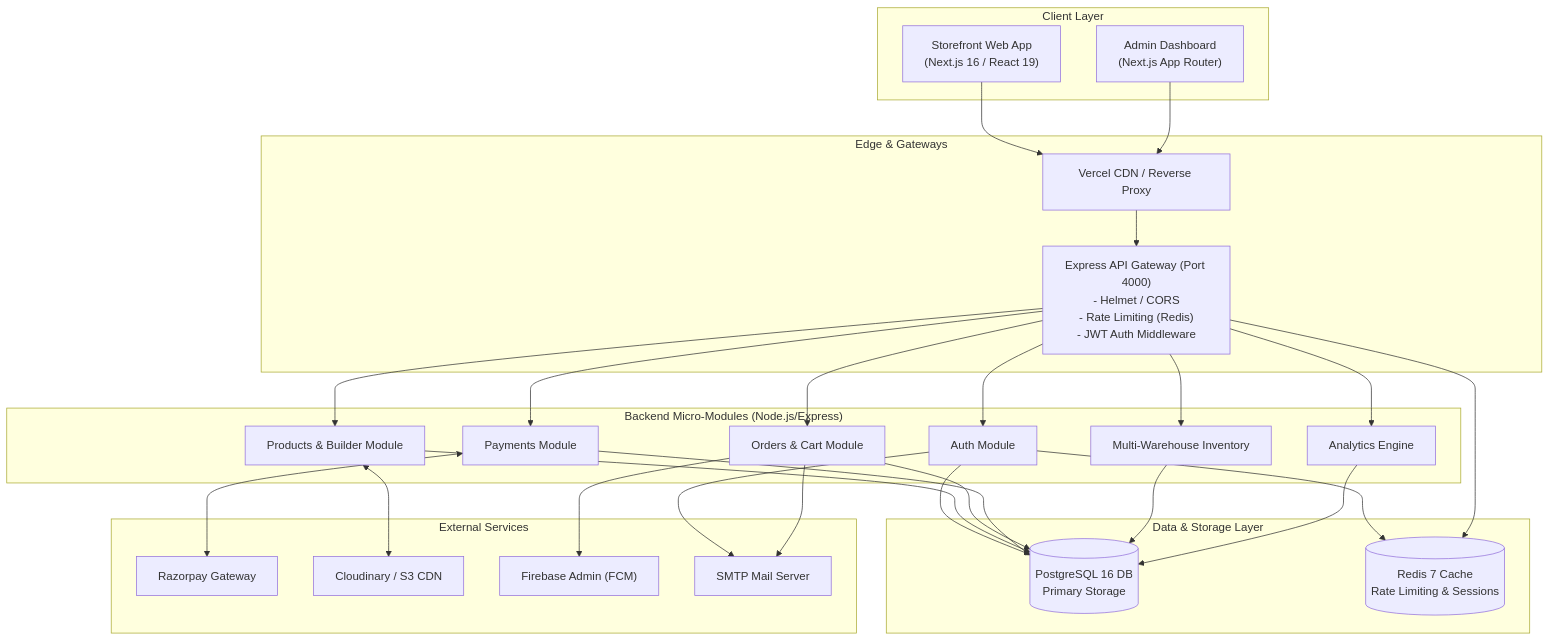
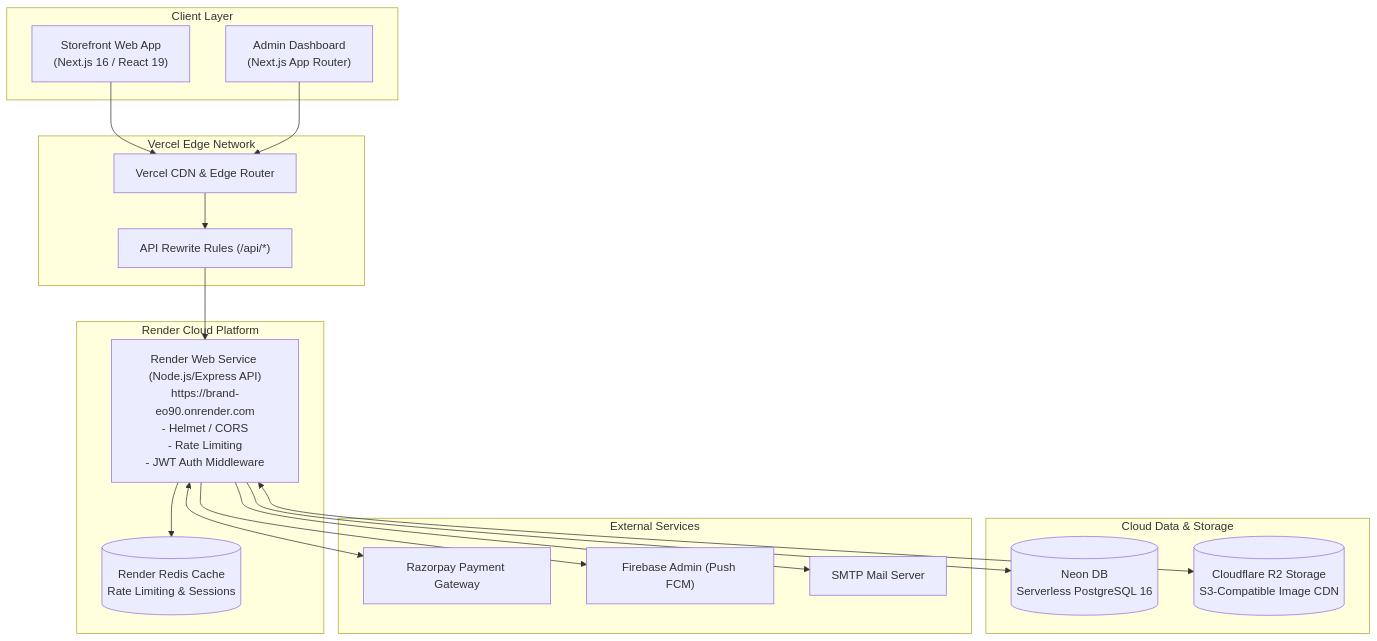
Before and after one commit to BankimKamila185/brand: the first of 3 diagrams in ARCHITECTURE.md, drawn with Mermaid. The commit also changed other lines of this file and 1 other file, not shown here.

Commit message:
docs: update architecture and tech stack to reflect Vercel, Render, Render Redis, Neon DB, and Cloudflare R2

````diff
--- a/ARCHITECTURE.md
+++ b/ARCHITECTURE.md
@@ -52,60 +56,41 @@
 ```mermaid
 flowchart TB
     subgraph Clients ["Client Layer"]
         Storefront["Storefront Web App\n(Next.js 16 / React 19)"]
         AdminApp["Admin Dashboard\n(Next.js App Router)"]
     end
 
-    subgraph Edge ["Edge & Gateways"]
-        Vercel["Vercel CDN / Reverse Proxy"]
-        ExpressGateway["Express API Gateway (Port 4000)\n- Helmet / CORS\n- Rate Limiting (Redis)\n- JWT Auth Middleware"]
+    subgraph HostingFrontend ["Vercel Edge Network"]
+        VercelCDN["Vercel CDN & Edge Router"]
+        VercelRewrite["API Rewrite Rules (/api/*)"]
     end
 
-    subgraph ServiceModules ["Backend Micro-Modules (Node.js/Express)"]
-        AuthMod["Auth Module"]
-        ProdMod["Products & Builder Module"]
-        OrderMod["Orders & Cart Module"]
-        PayMod["Payments Module"]
-        InvMod["Multi-Warehouse Inventory"]
-        AnalytMod["Analytics Engine"]
+    subgraph HostingBackend ["Render Cloud Platform"]
+        RenderAPI["Render Web Service (Node.js/Express API)\nhttps://brand-eo90.onrender.com\n- Helmet / CORS\n- Rate Limiting\n- JWT Auth Middleware"]
+        RenderRedis[("Render Redis Cache\nRate Limiting & Sessions")]
     end
 
-    subgraph Persistence ["Data & Storage Layer"]
-        Postgres[(PostgreSQL 16 DB\nPrimary Storage)]
-        Redis[(Redis 7 Cache\nRate Limiting & Sessions)]
+    subgraph CloudData ["Cloud Data & Storage"]
+        NeonDB[("Neon DB\nServerless PostgreSQL 16")]
+        CloudflareR2[("Cloudflare R2 Storage\nS3-Compatible Image CDN")]
     end
 
     subgraph External ["External Services"]
-        Razorpay["Razorpay Gateway"]
-        Cloudinary["Cloudinary / S3 CDN"]
-        Firebase["Firebase Admin (FCM)"]
+        Razorpay["Razorpay Payment Gateway"]
+        Firebase["Firebase Admin (Push FCM)"]
         SMTP["SMTP Mail Server"]
     end
 
-    Storefront --> Vercel
-    AdminApp --> Vercel
-    Vercel --> ExpressGateway
+    Storefront --> VercelCDN
+    AdminApp --> VercelCDN
+    VercelCDN --> VercelRewrite
+    VercelRewrite --> RenderAPI
 
-    ExpressGateway --> AuthMod
-    ExpressGateway --> ProdMod
-    ExpressGateway --> OrderMod
-    ExpressGateway --> PayMod
-    ExpressGateway --> InvMod
-    ExpressGateway --> AnalytMod
+    RenderAPI --> RenderRedis
+    RenderAPI --> NeonDB
+    RenderAPI <--> CloudflareR2
 
-    AuthMod --> Redis
-    ExpressGateway --> Redis
-
-    AuthMod --> Postgres
-    ProdMod --> Postgres
-    OrderMod --> Postgres
-    PayMod --> Postgres
-    InvMod --> Postgres
-    AnalytMod --> Postgres
-
-    PayMod <--> Razorpay
-    ProdMod <--> Cloudinary
-    AuthMod --> SMTP
-    OrderMod --> SMTP
-    OrderMod --> Firebase
+    RenderAPI <--> Razorpay
+    RenderAPI --> SMTP
+    RenderAPI --> Firebase
 ```
````
